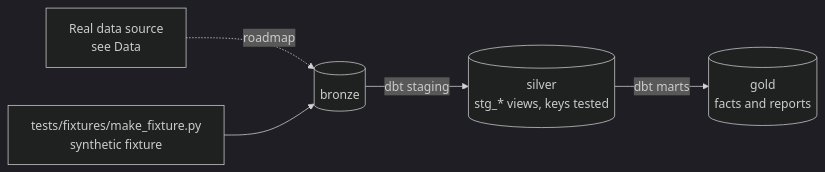
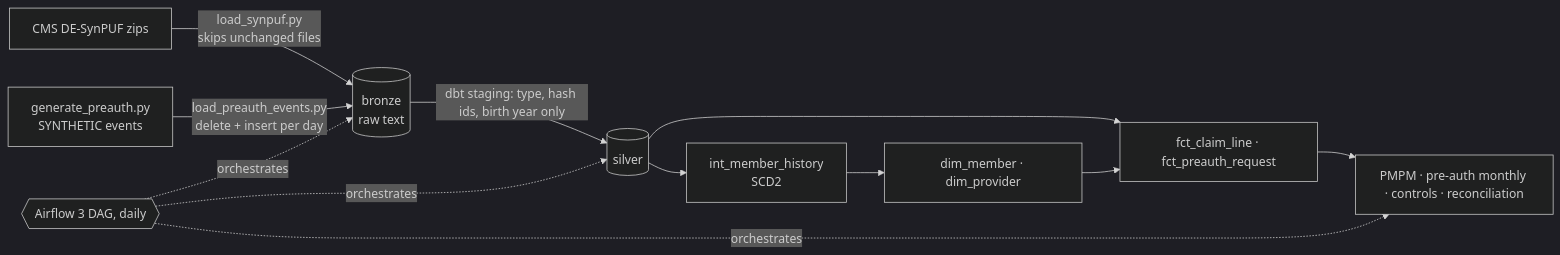
One commit to Saigwe/health-claims-warehouse changed the second of 2 diagrams in README.md. Above: the diagram before and after it, drawn with Mermaid (dark theme). The commit also changed other lines of this file and 5 other files, not shown here.

Commit message:
Fix Postgres copy and Airflow test run; add README and design doc with real numbers

````diff
--- a/README.md
+++ b/README.md
@@ -24,7 +58,12 @@
 ```mermaid
 flowchart LR
-  R[Real data source<br/>see Data] -.->|roadmap| B[(bronze)]
-  F[tests/fixtures/make_fixture.py<br/>synthetic fixture] --> B
-  B -->|dbt staging| S[(silver<br/>stg_* views, keys tested)]
-  S -->|dbt marts| G[(gold<br/>facts and reports)]
+  CMS[CMS DE-SynPUF zips] -->|load_synpuf.py<br/>skips unchanged files| B[(bronze<br/>raw text)]
+  G[generate_preauth.py<br/>SYNTHETIC events] -->|load_preauth_events.py<br/>delete + insert per day| B
+  B -->|dbt staging: type, hash ids, birth year only| S[(silver)]
+  S --> H[int_member_history<br/>SCD2]
+  H --> D[dim_member · dim_provider]
+  S --> F[fct_claim_line · fct_preauth_request]
+  D --> F
+  F --> R[PMPM · pre-auth monthly · controls · reconciliation]
+  A{{Airflow 3 DAG, daily}} -.orchestrates.-> B & S & R
 ```
````
